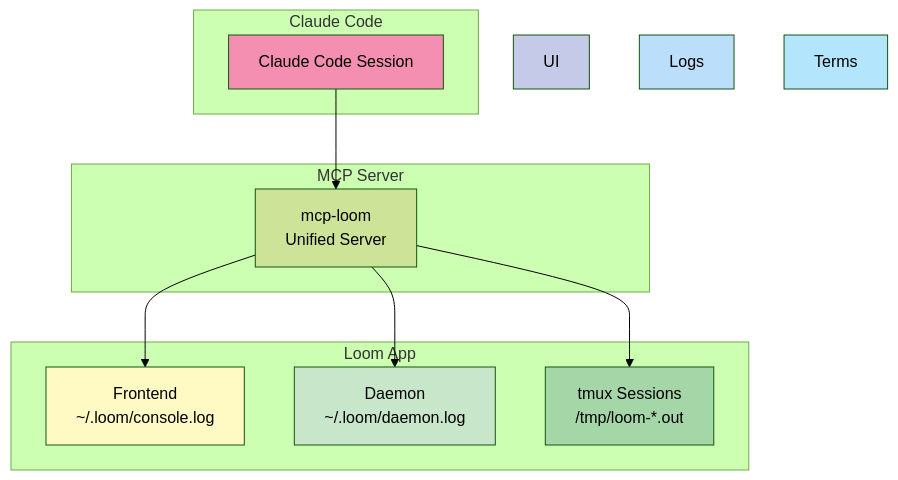
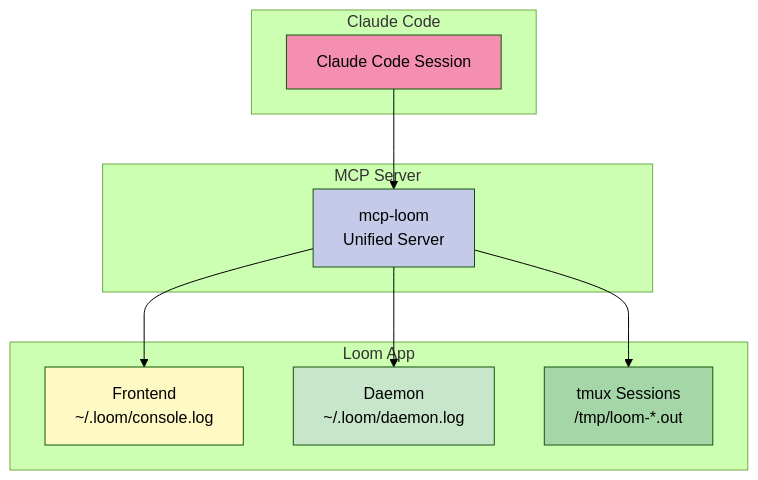
The tenth of 10 diagrams in docs/architecture/system-overview.md (rjwalters/loom), drawn with Mermaid (forest theme) before and after one commit.

Commit message:
Fix orphaned mermaid style directives (during review)

````diff
--- a/docs/architecture/system-overview.md
+++ b/docs/architecture/system-overview.md
@@ -384,30 +384,28 @@
 ```mermaid
 graph TB
     subgraph "Claude Code"
         CC[Claude Code Session]
     end
 
     subgraph "MCP Server"
         MCP[mcp-loom<br/>Unified Server]
     end
 
     subgraph "Loom App"
         Frontend[Frontend<br/>~/.loom/console.log]
         Daemon[Daemon<br/>~/.loom/daemon.log]
         Tmux[tmux Sessions<br/>/tmp/loom-*.out]
     end
 
     CC --> MCP
 
     MCP --> Frontend
     MCP --> Daemon
     MCP --> Tmux
 
     style CC fill:#f48fb1
-    style UI fill:#c5cae9
-    style Logs fill:#bbdefb
-    style Terms fill:#b3e5fc
+    style MCP fill:#c5cae9
     style Frontend fill:#fff9c4
     style Daemon fill:#c8e6c9
     style Tmux fill:#a5d6a7
 ```
````
